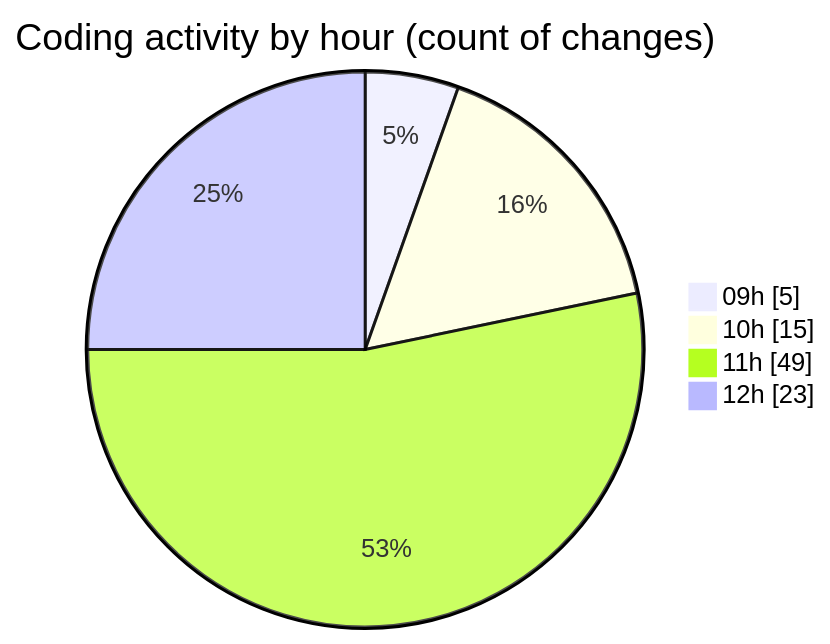
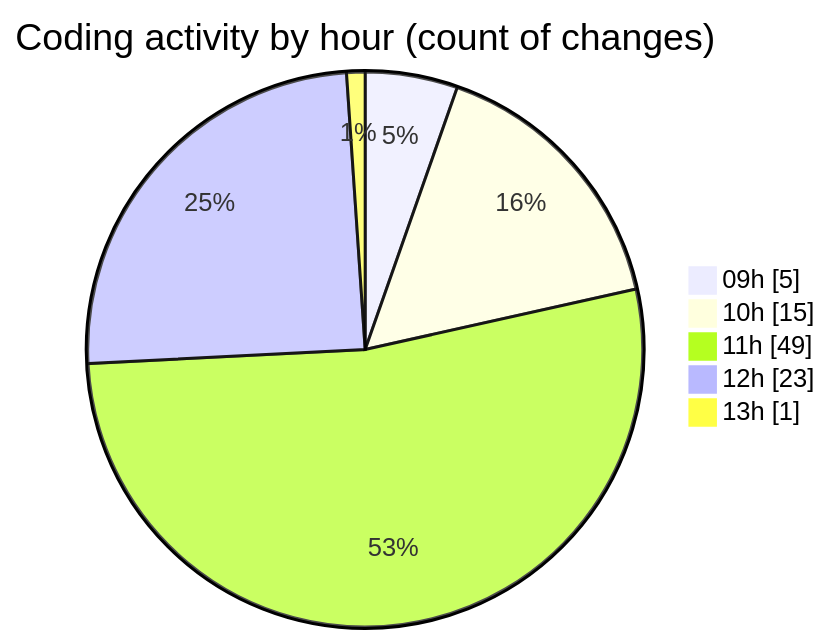
Before and after one commit to CELIANVF/code-tracking: the second of 2 diagrams in 2025-06-13/ecodeli-1/README.md, drawn with Mermaid. The commit also changed other lines of this file and 1 other file, not shown here.

````diff
--- a/2025-06-13/ecodeli-1/README.md
+++ b/2025-06-13/ecodeli-1/README.md
@@ -51,8 +51,9 @@
 ```mermaid
 pie showData
 title Coding activity by hour (count of changes)
 "09h" : 5
 "10h" : 15
 "11h" : 49
 "12h" : 23
+"13h" : 1
 ```
````
